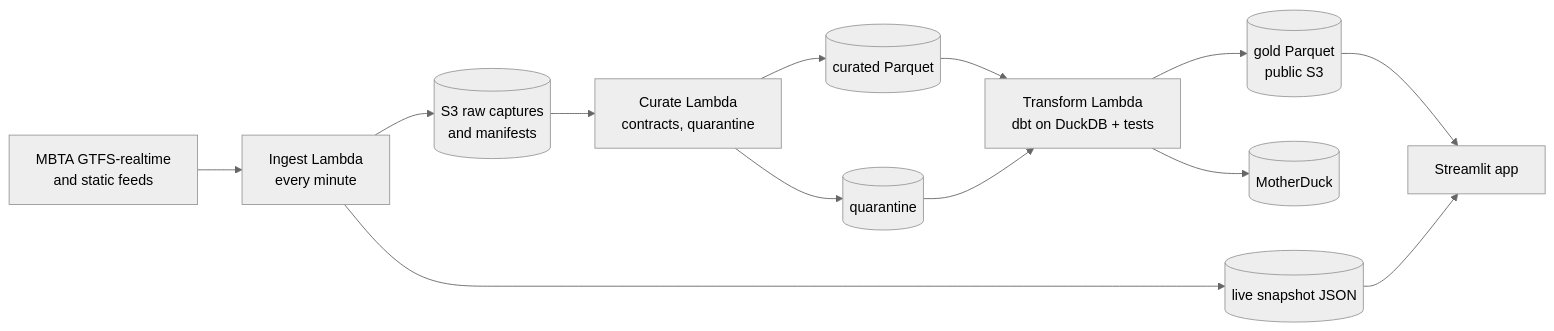
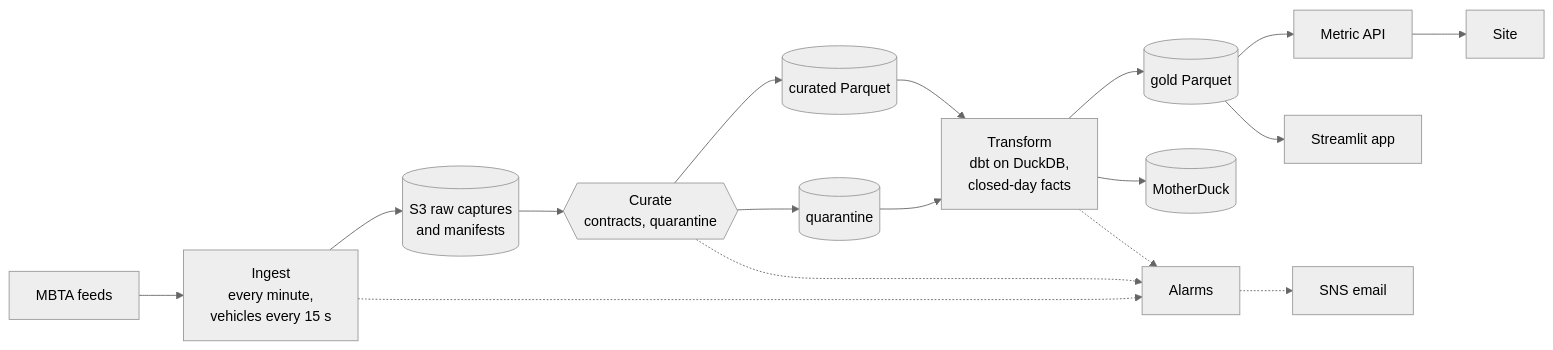
One commit to akshaygovindd/headway changed the diagram in README.md. Above: the diagram before and after it, drawn with Mermaid (neutral theme). The commit also changed other lines of this file and 3 other files, not shown here.

Commit message:
docs: README rewritten as the front door (live placeholders, measured results, trust rules, status by release), docs/architecture.md, 72 h window and post-incremental production runs recorded, Release 1 sign-off

````diff
--- a/README.md
+++ b/README.md
@@ -28,15 +29,19 @@
 ```mermaid
 flowchart LR
-    MBTA[MBTA GTFS-realtime<br/>and static feeds] --> ING[Ingest Lambda<br/>every minute]
-    ING --> RAW[(S3 raw captures<br/>and manifests)]
-    ING --> LIVE[(live snapshot JSON)]
-    RAW --> CUR[Curate Lambda<br/>contracts, quarantine]
+    MBTA[MBTA feeds] --> ING["Ingest<br/>every minute,<br/>vehicles every 15 s"]
+    ING --> RAW[("S3 raw captures<br/>and manifests")]
+    RAW --> CUR{{"Curate<br/>contracts, quarantine"}}
     CUR --> PQ[(curated Parquet)]
     CUR --> Q[(quarantine)]
-    PQ --> TR[Transform Lambda<br/>dbt on DuckDB + tests]
+    PQ --> TR["Transform<br/>dbt on DuckDB,<br/>closed-day facts"]
     Q --> TR
-    TR --> GOLD[(gold Parquet<br/>public S3)]
+    TR --> GOLD[(gold Parquet)]
     TR --> MD[(MotherDuck)]
+    GOLD --> API[Metric API]
+    API --> SITE[Site]
     GOLD --> APP[Streamlit app]
-    LIVE --> APP
+    ING -.-> AL[Alarms]
+    CUR -.-> AL
+    TR -.-> AL
+    AL -.-> SNS[SNS email]
 ```
````
